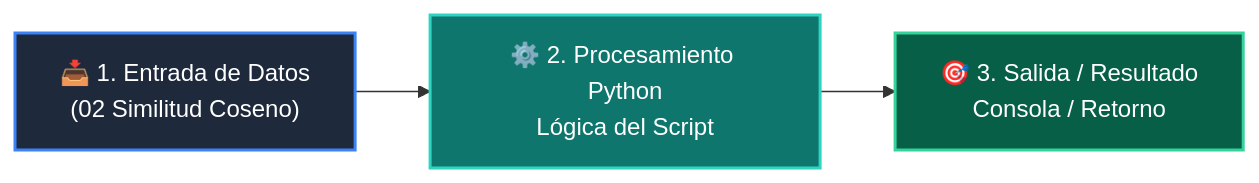
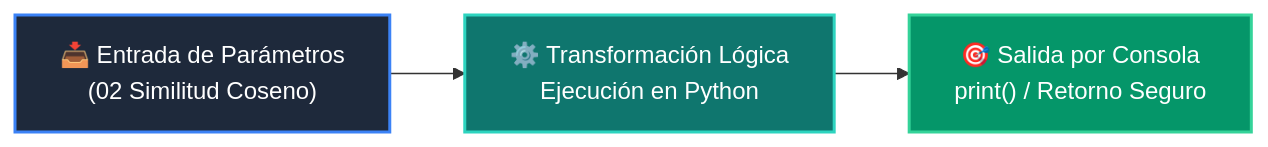
The diagram in 03-agentes-ia/clase-05-embeddings-y-bases-vectoriales/ejemplos/ejemplo_02_similitud_coseno/README.md (wisrovi/wisrovi-python), drawn with Mermaid before and after one commit. The commit also changed other lines of this file and 226 other files, not shown here.

Commit message:
docs: elevate all repository READMEs to world-class mastery standard with rich pedagogical architecture, custom Mermaids, and professional styling

````diff
--- a/03-agentes-ia/clase-05-embeddings-y-bases-vectoriales/ejemplos/ejemplo_02_similitud_coseno/README.md
+++ b/03-agentes-ia/clase-05-embeddings-y-bases-vectoriales/ejemplos/ejemplo_02_similitud_coseno/README.md
@@ -12,9 +19,9 @@
 ```mermaid
 flowchart LR
-    A["📥 1. Entrada de Datos<br/>(02 Similitud Coseno)"] --> B["⚙️ 2. Procesamiento Python<br/>Lógica del Script"]
-    B --> C["🎯 3. Salida / Resultado<br/>Consola / Retorno"]
+    A["📥 Entrada de Parámetros<br/>(02 Similitud Coseno)"] --> B["⚙️ Transformación Lógica<br/>Ejecución en Python"]
+    B --> C["🎯 Salida por Consola<br/>print() / Retorno Seguro"]
 
-    style A fill:#1e293b,color:#fff,stroke:#3b82f6,stroke-width:2px
-    style B fill:#0f766e,color:#fff,stroke:#2dd4bf,stroke-width:2px
-    style C fill:#065f46,color:#fff,stroke:#34d399,stroke-width:2px
+    style A fill:#1e293b,color:#ffffff,stroke:#3b82f6,stroke-width:2px
+    style B fill:#0f766e,color:#ffffff,stroke:#2dd4bf,stroke-width:2px
+    style C fill:#059669,color:#ffffff,stroke:#34d399,stroke-width:2px
 ```
````
